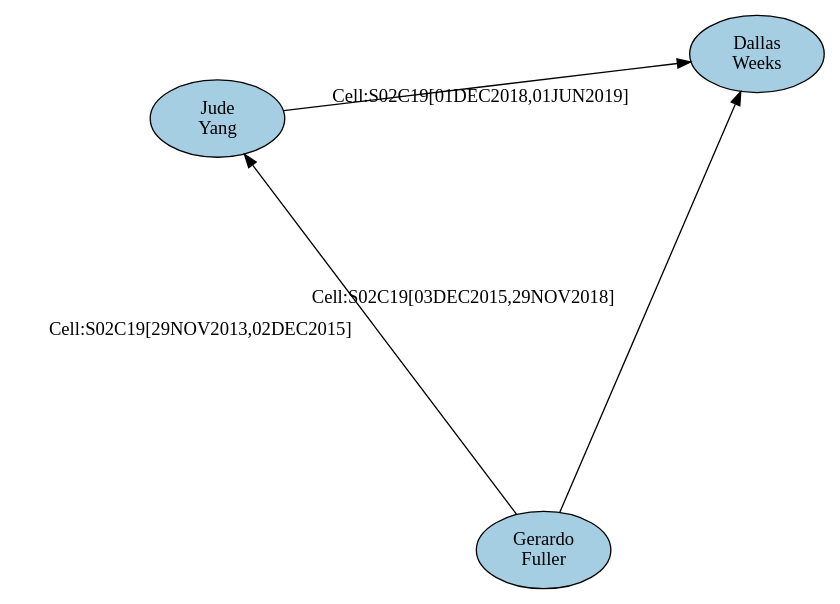
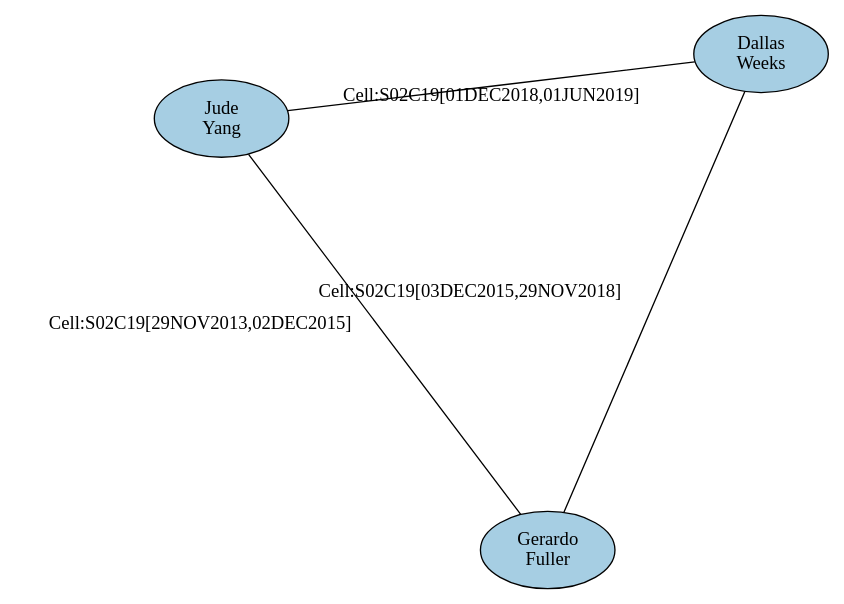
The diagram in applications/social/inmate-network/dot/query_4_match_1.dot (dtherrick/network-analysis), drawn with Graphviz before and after one commit. The commit also changed 14 other files, not shown here.

```diff
--- a/applications/social/inmate-network/dot/query_4_match_1.dot
+++ b/applications/social/inmate-network/dot/query_4_match_1.dot
@@ -1,13 +1,13 @@
-digraph G {
+graph G {
 layout=sfdp
 node[colorscheme=paired8, style=filled, color=black, fixedSize=true, width=1.4, height=.8]
 "I46914"[fillcolor= "1",label= "Dallas
 Weeks"]
 "I32876"[fillcolor= "1",label= "Jude
 Yang"]
 "I02537"[fillcolor= "1",label= "Gerardo
 Fuller"]
-"I02537" -> "I32876"[label= "Cell:S02C19[29NOV2013,02DEC2015]"]
-"I02537" -> "I46914"[label= "Cell:S02C19[03DEC2015,29NOV2018]"]
-"I32876" -> "I46914"[label= "Cell:S02C19[01DEC2018,01JUN2019]"]
+"I02537" -- "I32876"[label= "Cell:S02C19[29NOV2013,02DEC2015]"]
+"I02537" -- "I46914"[label= "Cell:S02C19[03DEC2015,29NOV2018]"]
+"I32876" -- "I46914"[label= "Cell:S02C19[01DEC2018,01JUN2019]"]
 }
```
